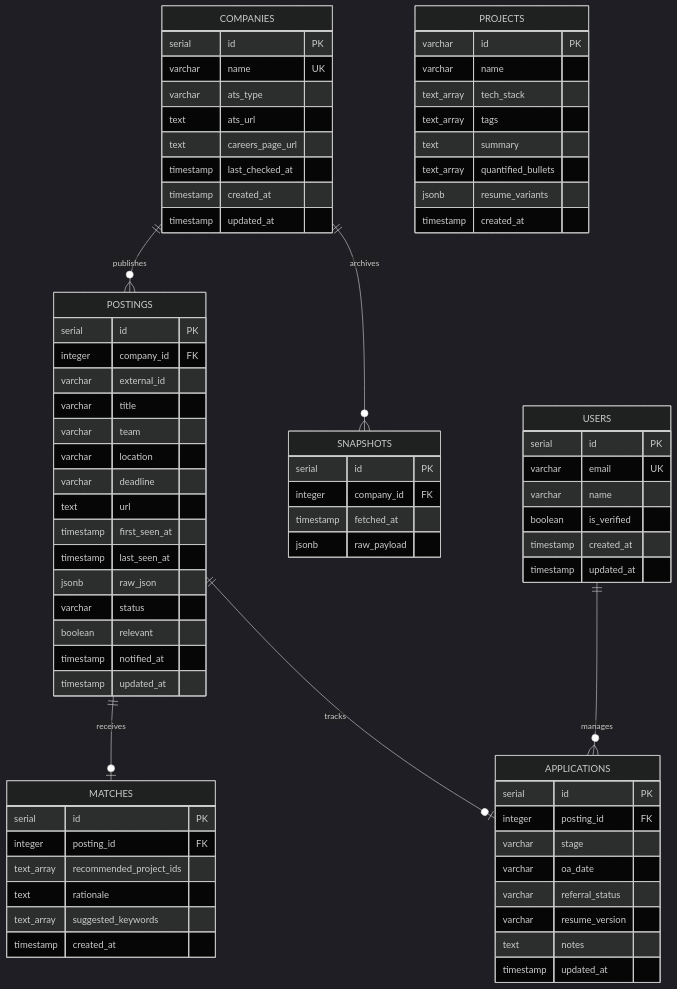
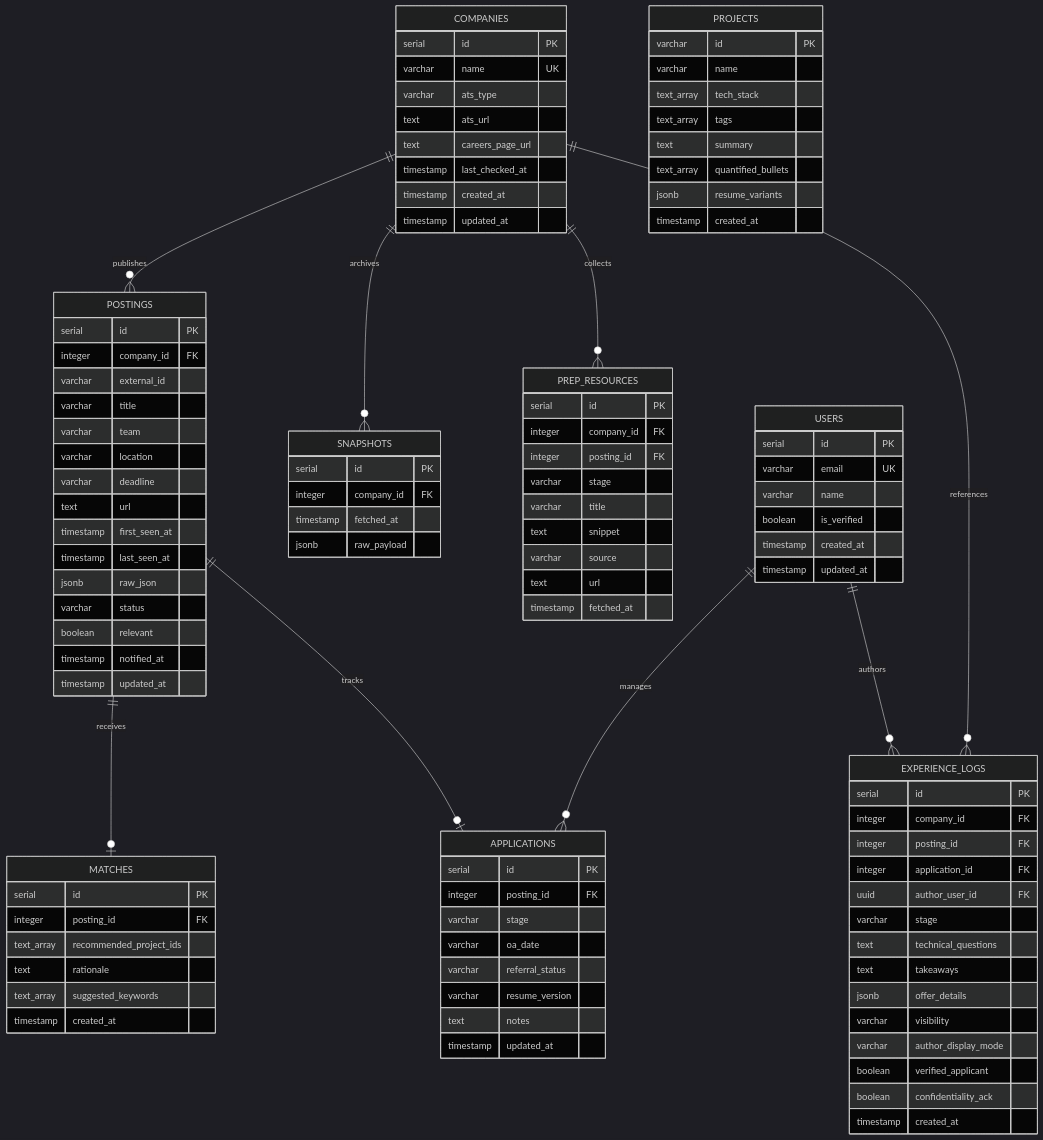
The fourth of 4 diagrams in README.md (jhanvi857/Argus), drawn with Mermaid (dark theme) before and after one commit. The commit also changed other lines of this file, not shown here.

Commit message:
docs: update README with Community and Curated Prep Intelligence section

```diff
--- a/README.md
+++ b/README.md
@@ -211,9 +213,12 @@
 erDiagram
     COMPANIES ||--o{ POSTINGS : publishes
     COMPANIES ||--o{ SNAPSHOTS : archives
+    COMPANIES ||--o{ PREP_RESOURCES : collects
+    COMPANIES ||--o{ EXPERIENCE_LOGS : references
     POSTINGS ||--o| MATCHES : receives
     POSTINGS ||--o| APPLICATIONS : tracks
     USERS ||--o{ APPLICATIONS : manages
+    USERS ||--o{ EXPERIENCE_LOGS : authors
 
     COMPANIES {
         serial id PK
@@ -275,6 +280,35 @@
         timestamp updated_at
     }
 
+    EXPERIENCE_LOGS {
+        serial id PK
+        integer company_id FK
+        integer posting_id FK
+        integer application_id FK
+        uuid author_user_id FK
+        varchar stage
+        text technical_questions
+        text takeaways
+        jsonb offer_details
+        varchar visibility
+        varchar author_display_mode
+        boolean verified_applicant
+        boolean confidentiality_ack
+        timestamp created_at
+    }
+
+    PREP_RESOURCES {
+        serial id PK
+        integer company_id FK
+        integer posting_id FK
+        varchar stage
+        varchar title
+        text snippet
+        varchar source
+        text url
+        timestamp fetched_at
+    }
+
     SNAPSHOTS {
         serial id PK
         integer company_id FK
```
